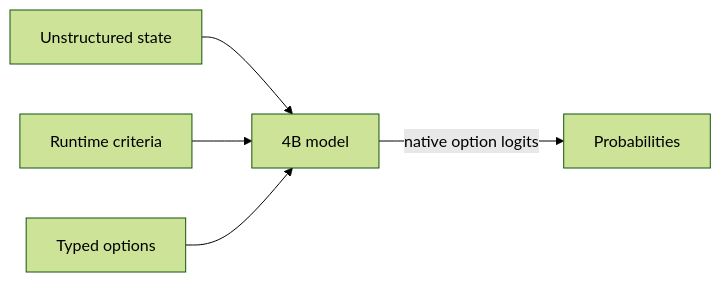
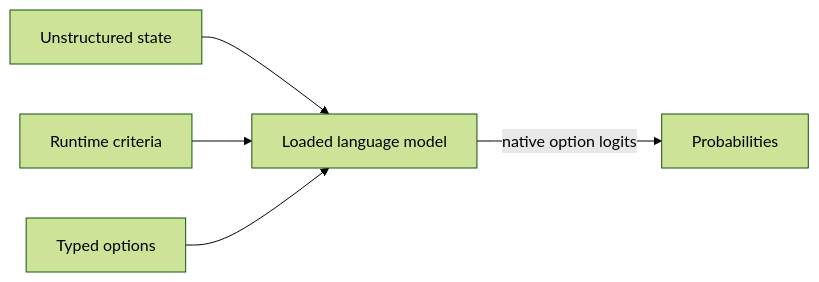
The diagram in README.md (2bbb/openjev), drawn with Mermaid (forest theme) before and after one commit. The commit also changed other lines of this file and 3 other files, not shown here.

````diff
--- a/README.md
+++ b/README.md
@@ -59,7 +100,7 @@
 ```mermaid
 flowchart LR
-    S[Unstructured state] --> M[4B model]
+    S[Unstructured state] --> M[Loaded language model]
     C[Runtime criteria] --> M
     O[Typed options] --> M
     M -- native option logits --> P[Probabilities]
 ```
````
